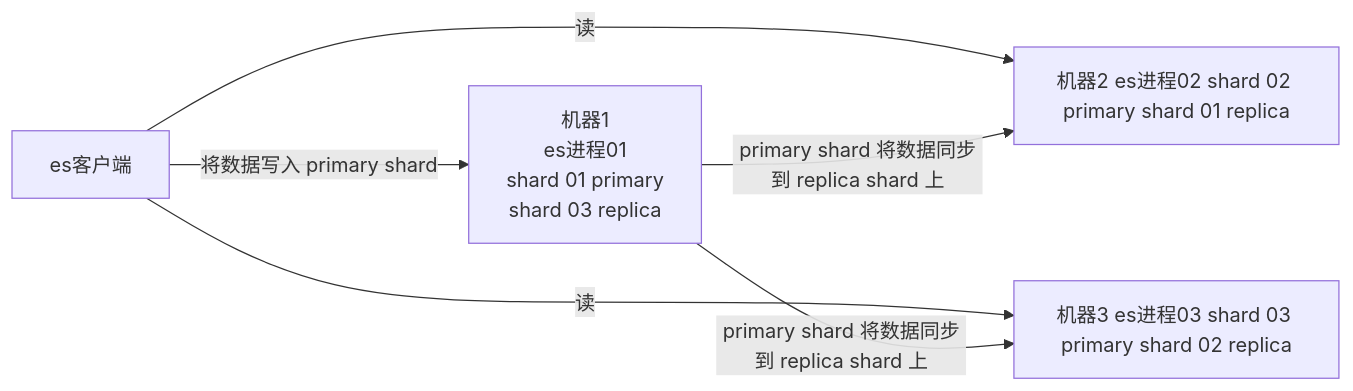
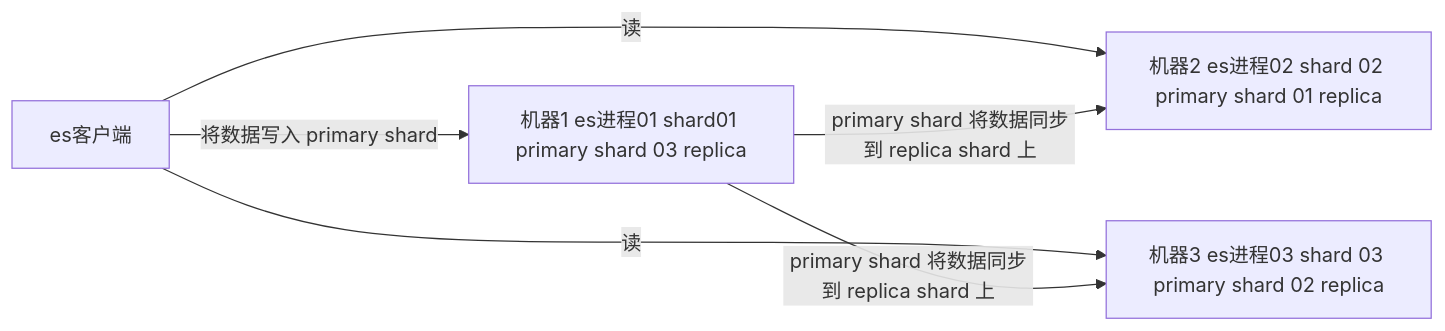
One commit to 0xcaffebabe/note changed the second of 7 diagrams in doc/中间件/数据库/ElasticSearch.md. Above: the diagram before and after it, drawn with Mermaid. The commit also changed other lines of this file, not shown here.

````diff
--- a/doc/中间件/数据库/ElasticSearch.md
+++ b/doc/中间件/数据库/ElasticSearch.md
@@ -564,10 +564,10 @@
 ```mermaid
 graph LR
-    A[es客户端] -->|将数据写入 primary shard| B[机器1\nes进程01\nshard 01 primary\nshard 03 replica]
+    A[es客户端] -->|将数据写入 primary shard| B[机器1 es进程01 shard01 primary shard 03 replica]
     A -->|读| C[机器2 es进程02 shard 02 primary shard 01 replica]
     A -->|读| D[机器3 es进程03 shard 03 primary shard 02 replica]
     
     B -->|primary shard 将数据同步到 replica shard 上| C
     B -->|primary shard 将数据同步到 replica shard 上| D
 
 ```
````
